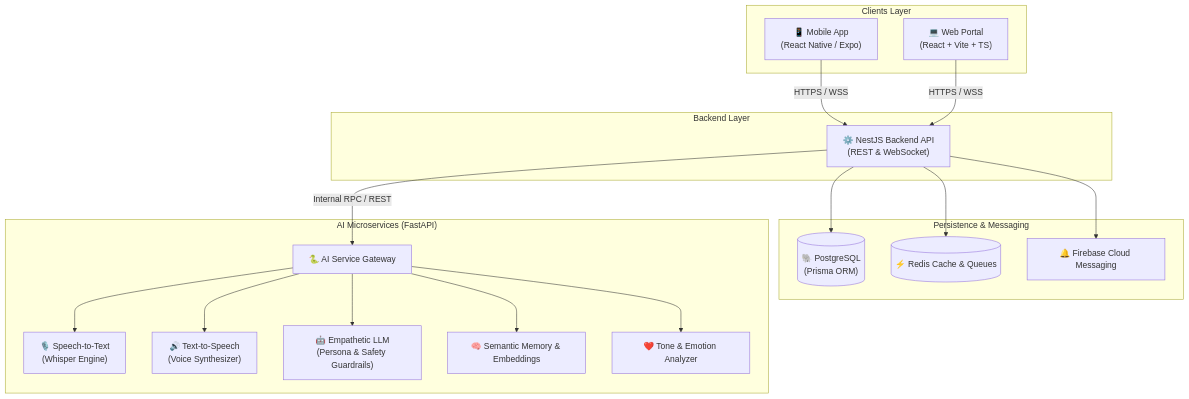
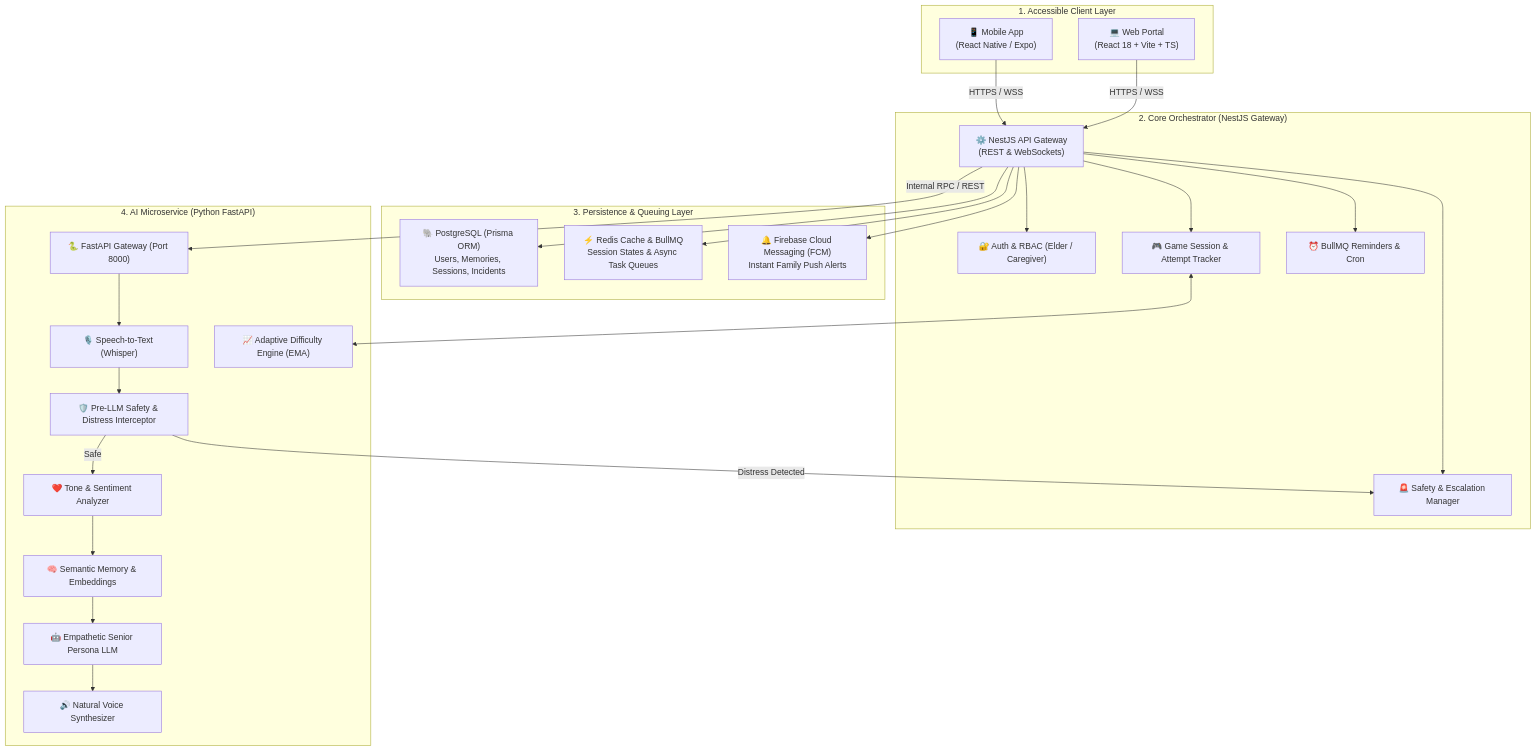
Before and after one commit to yukesh4349/Granny: the first of 2 diagrams in README.md, drawn with Mermaid. The commit also changed other lines of this file, not shown here.

````diff
--- a/README.md
+++ b/README.md
@@ -63,40 +157,58 @@
 ```mermaid
 graph TD
-    subgraph Clients["Clients Layer"]
+
+    subgraph Clients["1. Accessible Client Layer"]
         Mobile["📱 Mobile App<br/>(React Native / Expo)"]
-        Web["💻 Web Portal<br/>(React + Vite + TS)"]
+        Web["💻 Web Portal<br/>(React 18 + Vite + TS)"]
     end
 
-    subgraph Gateway["Backend Layer"]
-        Nest["⚙️ NestJS Backend API<br/>(REST & WebSocket)"]
+    subgraph Backend["2. Core Orchestrator (NestJS Gateway)"]
+        Gateway["⚙️ NestJS API Gateway<br/>(REST & WebSockets)"]
+        AuthMod["🔐 Auth & RBAC (Elder / Caregiver)"]
+        GameMod["🎮 Game Session & Attempt Tracker"]
+        SafetyMod["🚨 Safety & Escalation Manager"]
+        RoutineMod["⏰ BullMQ Reminders & Cron"]
     end
 
-    subgraph Data["Persistence & Messaging"]
-        Postgres[("🐘 PostgreSQL<br/>(Prisma ORM)")]
-        Redis[("⚡ Redis Cache & Queues")]
-        FCM["🔔 Firebase Cloud Messaging"]
+    subgraph Persistence["3. Persistence & Queuing Layer"]
+        Postgres["🐘 PostgreSQL (Prisma ORM)<br/>Users, Memories, Sessions, Incidents"]
+        Redis["⚡ Redis Cache & BullMQ<br/>Session States & Async Task Queues"]
+        FCM["🔔 Firebase Cloud Messaging (FCM)<br/>Instant Family Push Alerts"]
     end
 
-    subgraph AI["AI Microservices (FastAPI)"]
-        FastAPI["🐍 AI Service Gateway"]
-        STT["🎙️ Speech-to-Text<br/>(Whisper Engine)"]
-        TTS["🔊 Text-to-Speech<br/>(Voice Synthesizer)"]
-        LLM["🤖 Empathetic LLM<br/>(Persona & Safety Guardrails)"]
+    subgraph AI["4. AI Microservice (Python FastAPI)"]
+        FastAPIGW["🐍 FastAPI Gateway (Port 8000)"]
+        STT["🎙️ Speech-to-Text (Whisper)"]
+        DistressGuard["🛡️ Pre-LLM Safety & Distress Interceptor"]
+        EmotionEng["❤️ Tone & Sentiment Analyzer"]
         VectorDB["🧠 Semantic Memory & Embeddings"]
-        Emotion["❤️ Tone & Emotion Analyzer"]
+        LLMPersona["🤖 Empathetic Senior Persona LLM"]
+        EMAEngine["📈 Adaptive Difficulty Engine (EMA)"]
+        TTS["🔊 Natural Voice Synthesizer"]
     end
 
-    Mobile -->|HTTPS / WSS| Nest
-    Web -->|HTTPS / WSS| Nest
+    Mobile -->|HTTPS / WSS| Gateway
+    Web -->|HTTPS / WSS| Gateway
 
-    Nest --> Postgres
-    Nest --> Redis
-    Nest --> FCM
-    Nest -->|Internal RPC / REST| FastAPI
+    Gateway --> AuthMod
+    Gateway --> GameMod
+    Gateway --> SafetyMod
+    Gateway --> RoutineMod
 
-    FastAPI --> STT
-    FastAPI --> TTS
-    FastAPI --> LLM
-    FastAPI --> VectorDB
-    FastAPI --> Emotion
+    Gateway --> Postgres
+    Gateway --> Redis
+    Gateway --> FCM
+    Gateway -->|Internal RPC / REST| FastAPIGW
+
+    FastAPIGW --> STT
+    STT --> DistressGuard
+
+    DistressGuard -->|Distress Detected| SafetyMod
+    DistressGuard -->|Safe| EmotionEng
+
+    EmotionEng --> VectorDB
+    VectorDB --> LLMPersona
+
+    GameMod <--> EMAEngine
+    LLMPersona --> TTS
 ```
````
